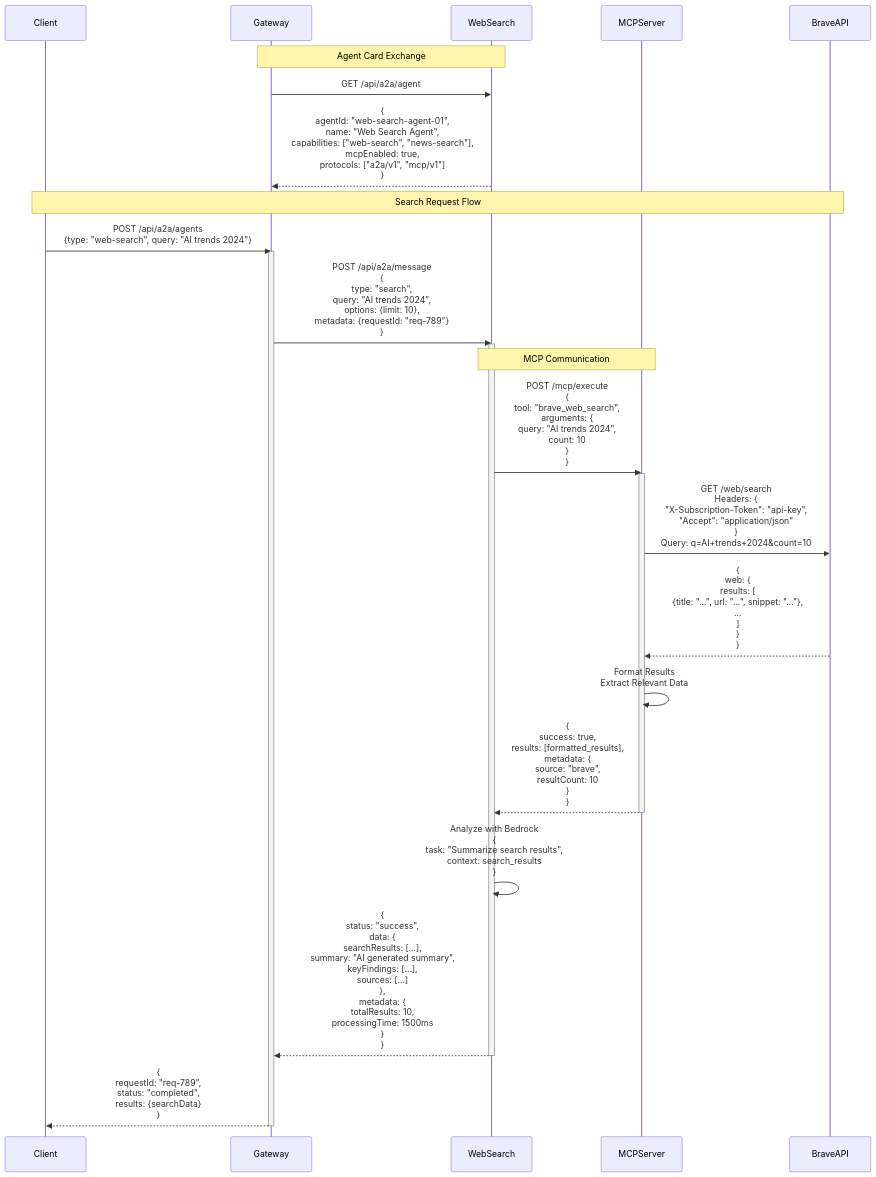
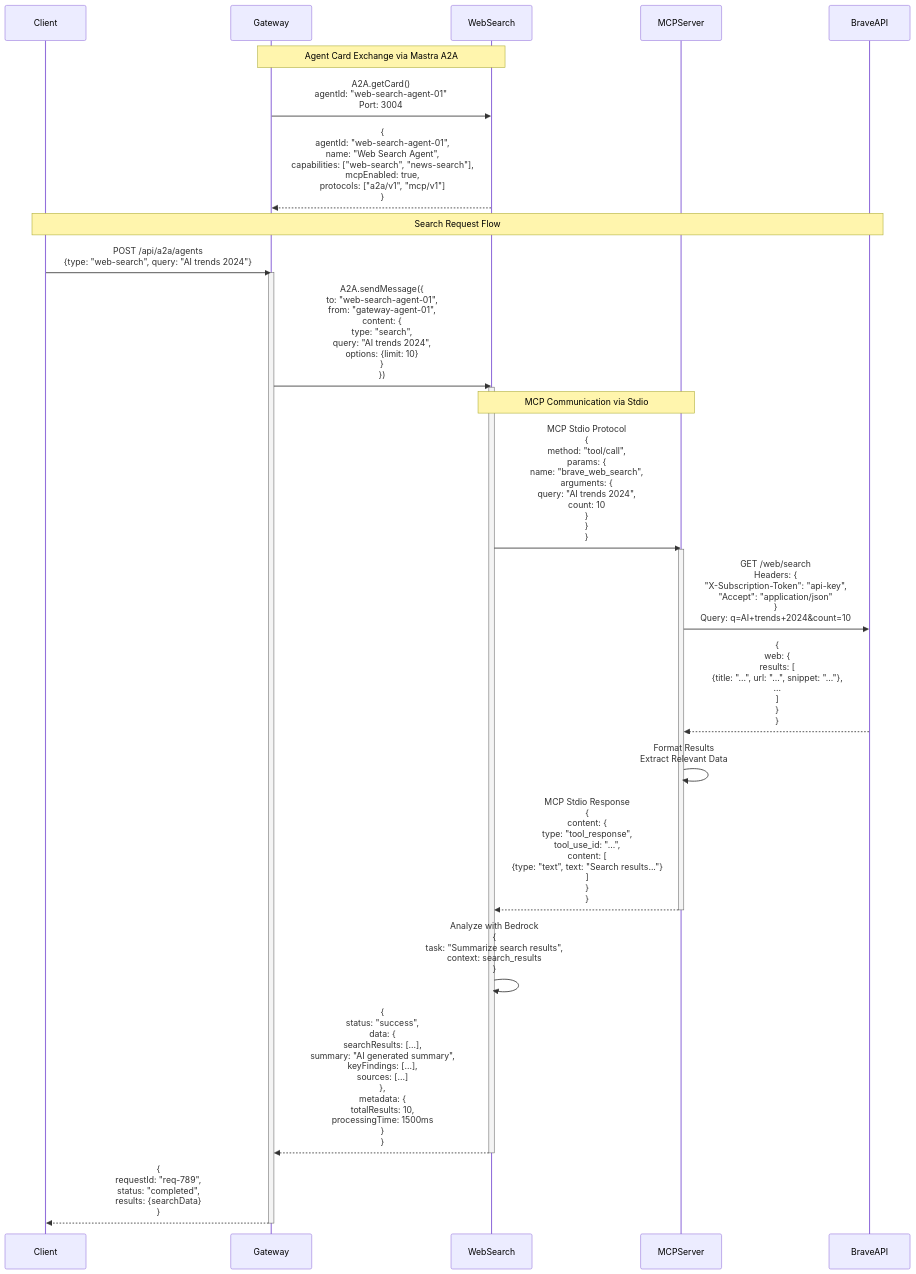
One commit to tubone24/a2a_mastra changed the fifth of 6 diagrams in README.md. Above: the diagram before and after it, drawn with Mermaid. The commit also changed other lines of this file, not shown here.

Commit message:
🚀 更新(README.md): Mastra A2A経由でエージェントカード交換の詳細を更新しました。

````diff
--- a/README.md
+++ b/README.md
@@ -410,43 +410,43 @@
 ```mermaid
 sequenceDiagram
     participant Client
     participant Gateway
     participant WebSearch
     participant MCPServer
     participant BraveAPI
     
-    Note over Gateway,WebSearch: Agent Card Exchange
+    Note over Gateway,WebSearch: Agent Card Exchange via Mastra A2A
     
-    Gateway->>WebSearch: GET /api/a2a/agent
+    Gateway->>WebSearch: A2A.getCard()<br/>agentId: "web-search-agent-01"<br/>Port: 3004
     WebSearch-->>Gateway: {<br/>  agentId: "web-search-agent-01",<br/>  name: "Web Search Agent",<br/>  capabilities: ["web-search", "news-search"],<br/>  mcpEnabled: true,<br/>  protocols: ["a2a/v1", "mcp/v1"]<br/>}
     
     Note over Client,BraveAPI: Search Request Flow
     
     Client->>Gateway: POST /api/a2a/agents<br/>{type: "web-search", query: "AI trends 2024"}
     activate Gateway
     
-    Gateway->>WebSearch: POST /api/a2a/message<br/>{<br/>  type: "search",<br/>  query: "AI trends 2024",<br/>  options: {limit: 10},<br/>  metadata: {requestId: "req-789"}<br/>}
+    Gateway->>WebSearch: A2A.sendMessage({<br/>  to: "web-search-agent-01",<br/>  from: "gateway-agent-01",<br/>  content: {<br/>    type: "search",<br/>    query: "AI trends 2024",<br/>    options: {limit: 10}<br/>  }<br/>})
     activate WebSearch
     
-    Note over WebSearch,MCPServer: MCP Communication
+    Note over WebSearch,MCPServer: MCP Communication via Stdio
     
-    WebSearch->>MCPServer: POST /mcp/execute<br/>{<br/>  tool: "brave_web_search",<br/>  arguments: {<br/>    query: "AI trends 2024",<br/>    count: 10<br/>  }<br/>}
+    WebSearch->>MCPServer: MCP Stdio Protocol<br/>{<br/>  method: "tool/call",<br/>  params: {<br/>    name: "brave_web_search",<br/>    arguments: {<br/>      query: "AI trends 2024",<br/>      count: 10<br/>    }<br/>  }<br/>}
     activate MCPServer
     
     MCPServer->>BraveAPI: GET /web/search<br/>Headers: {<br/>  "X-Subscription-Token": "api-key",<br/>  "Accept": "application/json"<br/>}<br/>Query: q=AI+trends+2024&count=10
     
     BraveAPI-->>MCPServer: {<br/>  web: {<br/>    results: [<br/>      {title: "...", url: "...", snippet: "..."},<br/>      ...<br/>    ]<br/>  }<br/>}
     
     MCPServer->>MCPServer: Format Results<br/>Extract Relevant Data
     
-    MCPServer-->>WebSearch: {<br/>  success: true,<br/>  results: [formatted_results],<br/>  metadata: {<br/>    source: "brave",<br/>    resultCount: 10<br/>  }<br/>}
+    MCPServer-->>WebSearch: MCP Stdio Response<br/>{<br/>  content: {<br/>    type: "tool_response",<br/>    tool_use_id: "...",<br/>    content: [<br/>      {type: "text", text: "Search results..."}<br/>    ]<br/>  }<br/>}
     deactivate MCPServer
     
     WebSearch->>WebSearch: Analyze with Bedrock<br/>{<br/>  task: "Summarize search results",<br/>  context: search_results<br/>}
     
     WebSearch-->>Gateway: {<br/>  status: "success",<br/>  data: {<br/>    searchResults: [...],<br/>    summary: "AI generated summary",<br/>    keyFindings: [...],<br/>    sources: [...]<br/>  },<br/>  metadata: {<br/>    totalResults: 10,<br/>    processingTime: 1500ms<br/>  }<br/>}
     deactivate WebSearch
     
     Gateway-->>Client: {<br/>  requestId: "req-789",<br/>  status: "completed",<br/>  results: {searchData}<br/>}
     deactivate Gateway
 ```
````
